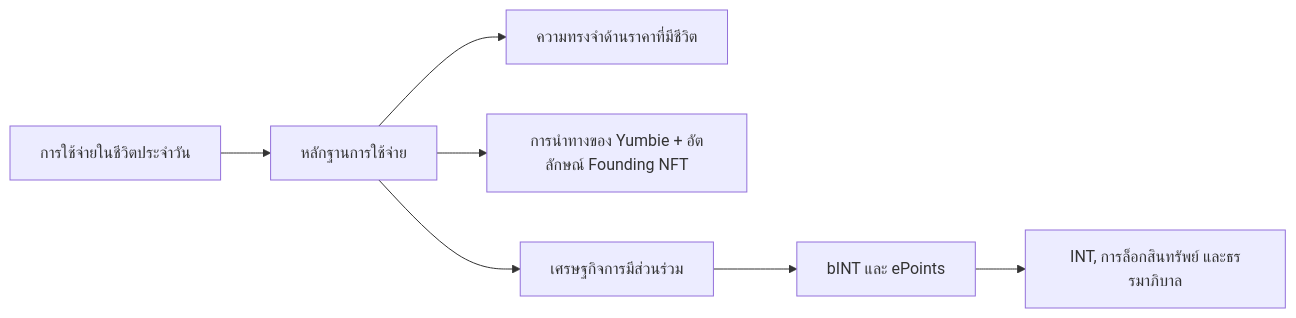
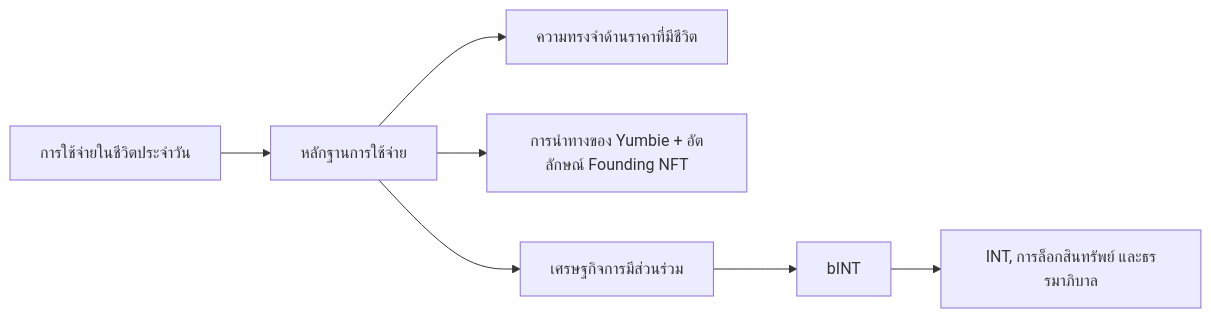
Before and after one commit to Yumo-Yumo-Inc/yumoyumohq: the diagram in content/whitepaper/th/README.md, drawn with Mermaid. The commit also changed 1048 other files, not shown here.

````diff
--- a/content/whitepaper/th/README.md
+++ b/content/whitepaper/th/README.md
@@ -19,9 +19,9 @@
 ```mermaid
 flowchart LR
     A["การใช้จ่ายในชีวิตประจำวัน"] --> B["หลักฐานการใช้จ่าย"]
     B --> C["ความทรงจำด้านราคาที่มีชีวิต"]
     B --> D["การนำทางของ Yumbie + อัตลักษณ์ Founding NFT"]
     B --> E["เศรษฐกิจการมีส่วนร่วม"]
-    E --> F["bINT และ ePoints"]
+    E --> F["bINT"]
     F --> G["INT, การล็อกสินทรัพย์ และธรรมาภิบาล"]
 ```
````
